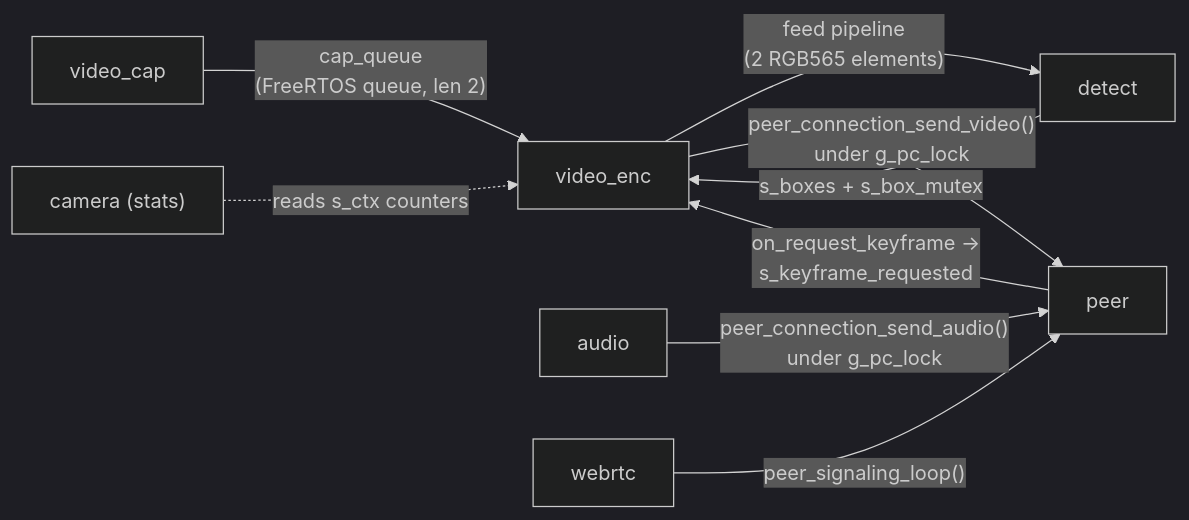
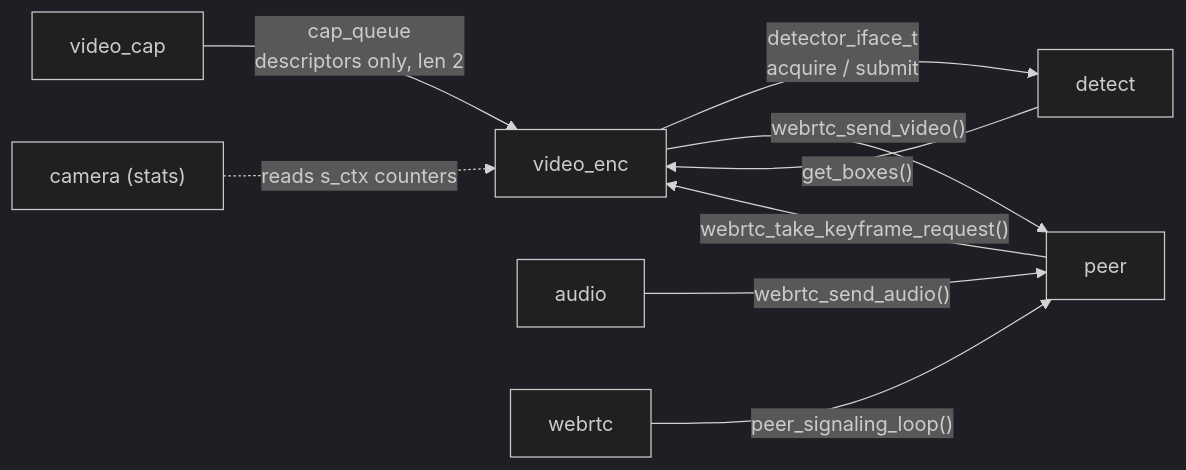
The third of 6 diagrams in ARCHITECTURE.md (thanhbinh89/esp32-ipc), drawn with Mermaid (dark theme) before and after one commit. The commit also changed other lines of this file and 45 other files, not shown here.

````diff
--- a/ARCHITECTURE.md
+++ b/ARCHITECTURE.md
@@ -186,11 +204,11 @@
 ```mermaid
 graph LR
-    CAP["video_cap"] -- "cap_queue<br/>(FreeRTOS queue, len 2)" --> ENC["video_enc"]
-    ENC -- "feed pipeline<br/>(2 RGB565 elements)" --> DET["detect"]
-    DET -- "s_boxes + s_box_mutex" --> ENC
-    ENC -- "peer_connection_send_video()<br/>under g_pc_lock" --> PEER["peer"]
-    AUD["audio"] -- "peer_connection_send_audio()<br/>under g_pc_lock" --> PEER
+    CAP["video_cap"] -- "cap_queue<br/>descriptors only, len 2" --> ENC["video_enc"]
+    ENC -- "detector_iface_t<br/>acquire / submit" --> DET["detect"]
+    DET -- "get_boxes()" --> ENC
+    ENC -- "webrtc_send_video()" --> PEER["peer"]
+    AUD["audio"] -- "webrtc_send_audio()" --> PEER
     WRTC["webrtc"] -- "peer_signaling_loop()" --> PEER
-    PEER -- "on_request_keyframe -><br/>s_keyframe_requested" --> ENC
+    PEER -- "webrtc_take_keyframe_request()" --> ENC
     VT["camera (stats)"] -. "reads s_ctx counters" .-> ENC
 ```
````
